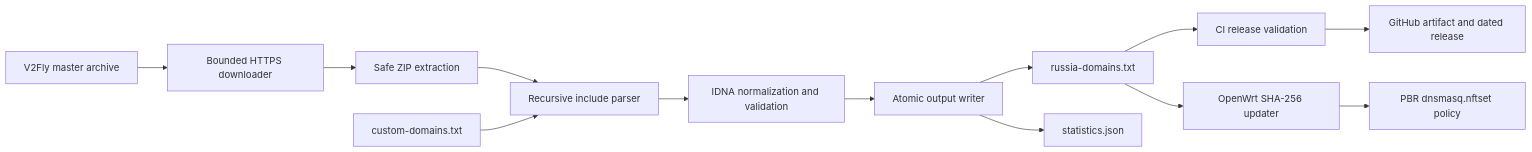
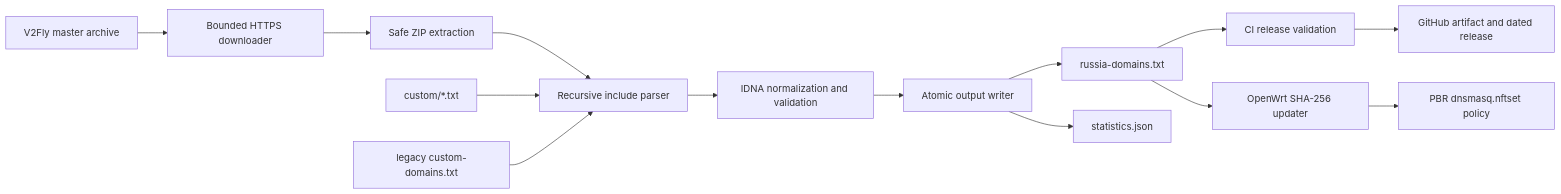
Before and after one commit to Aleksan-S/pbr-russia: the diagram in README.md, drawn with Mermaid. The commit also changed other lines of this file and 11 other files, not shown here.

````diff
--- a/README.md
+++ b/README.md
@@ -17,15 +17,16 @@
 ```mermaid
 flowchart LR
     V["V2Fly master archive"] --> D["Bounded HTTPS downloader"]
     D --> I["Safe ZIP extraction"]
     I --> P["Recursive include parser"]
-    C["custom-domains.txt"] --> P
+    C["custom/*.txt"] --> P
+    LC["legacy custom-domains.txt"] --> P
     P --> N["IDNA normalization and validation"]
     N --> O["Atomic output writer"]
     O --> L["russia-domains.txt"]
     O --> S["statistics.json"]
     L --> Q["CI release validation"]
     Q --> R["GitHub artifact and dated release"]
     L --> W["OpenWrt SHA-256 updater"]
     W --> B["PBR dnsmasq.nftset policy"]
 ```
````
